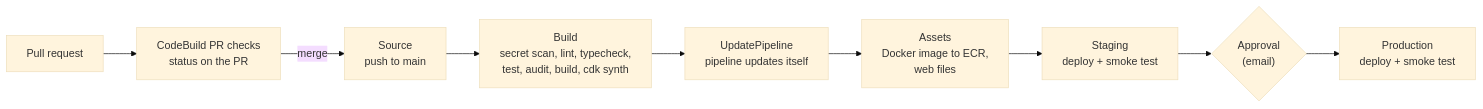
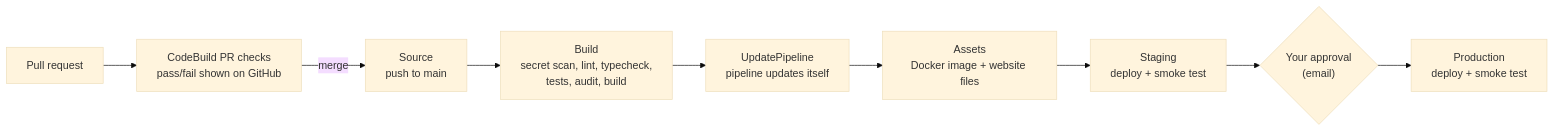
Before and after one commit to McTech6/aws-student-community-day-cicd: the second of 2 diagrams in README.md, drawn with Mermaid (base theme). The commit also changed other lines of this file and 2 other files, not shown here.

````diff
--- a/README.md
+++ b/README.md
@@ -231,11 +59,11 @@
 ```mermaid
 flowchart LR
-    pr["Pull request"] --> checks["CodeBuild PR checks<br/>status on the PR"]
+    pr["Pull request"] --> checks["CodeBuild PR checks<br/>pass/fail shown on GitHub"]
     checks -->|merge| src["Source<br/>push to main"]
-    src --> build["Build<br/>secret scan, lint, typecheck,<br/>test, audit, build, cdk synth"]
+    src --> build["Build<br/>secret scan, lint, typecheck,<br/>tests, audit, build"]
     build --> self["UpdatePipeline<br/>pipeline updates itself"]
-    self --> assets["Assets<br/>Docker image to ECR,<br/>web files"]
+    self --> assets["Assets<br/>Docker image + website files"]
     assets --> stg["Staging<br/>deploy + smoke test"]
-    stg --> appr{"Approval<br/>(email)"}
+    stg --> appr{"Your approval<br/>(email)"}
     appr --> prod["Production<br/>deploy + smoke test"]
 ```
````
